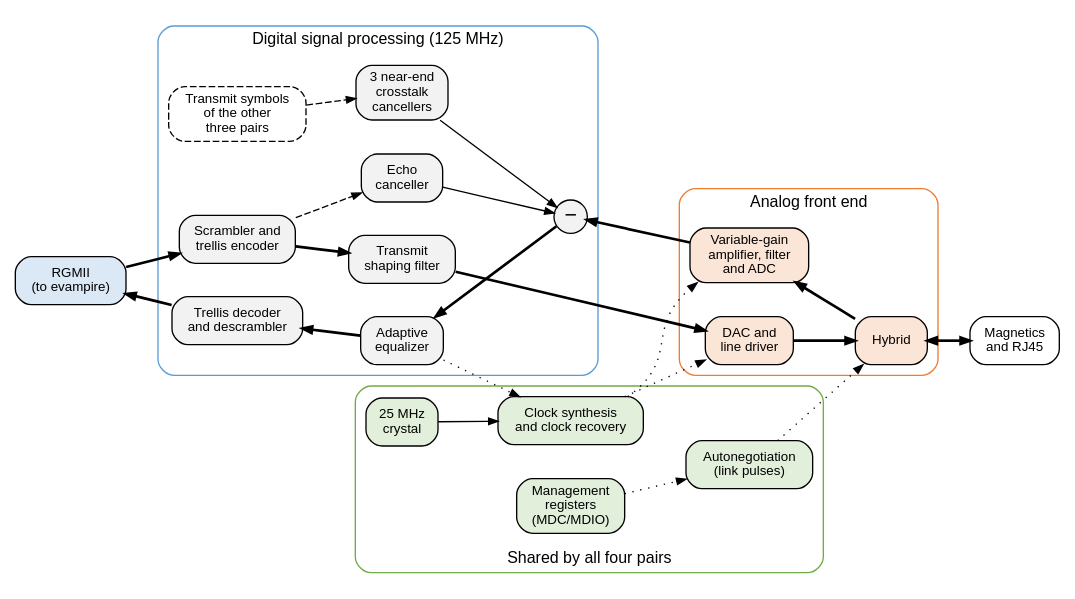
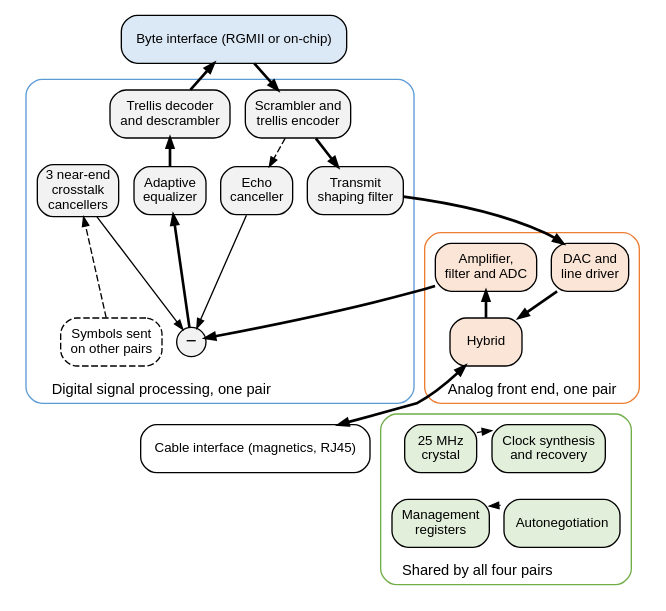
Before and after one commit to mithro/evampire: the diagram in docs/ethernet/phy-electrical/transceiver-blocks.dot, drawn with Graphviz. The commit also changed 1 other file, not shown here.

Commit message:
Redraw transceiver diagrams to fit the page width
Draw the transceiver block diagram top to bottom and tighten the cable
impairment diagram so that both are below 540 pt wide. Label the byte
interface as RGMII or on-chip, since the full design integrates the
transceiver.

```diff
--- a/docs/ethernet/phy-electrical/transceiver-blocks.dot
+++ b/docs/ethernet/phy-electrical/transceiver-blocks.dot
@@ -1,82 +1,86 @@
-// Inside a gigabit Ethernet transceiver: one of the four identical
-// pair channels in detail, plus the blocks shared by all four.
+// Inside a gigabit Ethernet transceiver: one of the four identical pair
+// channels in detail, plus the blocks shared by all four. Drawn top to
+// bottom so that it fits the page width. Transmit and receive run in
+// separate columns, with the cancellers between them.
 //
 // SPDX-License-Identifier: Apache-2.0
 
 digraph transceiver {
-    graph [rankdir=LR, fontname="Helvetica", fontsize=12, nodesep=0.35,
-           ranksep=0.45, newrank=true];
+    graph [rankdir=TB, fontname="Helvetica", fontsize=11, nodesep=0.15,
+           ranksep=0.28, newrank=true];
     node  [shape=box, style="rounded,filled", fillcolor="#f2f2f2",
-           fontname="Helvetica", fontsize=10];
+           fontname="Helvetica", fontsize=10, margin="0.06,0.04"];
     edge  [fontname="Helvetica", fontsize=9, arrowsize=0.7];
 
-    rgmii [label="RGMII\n(to evampire)", fillcolor="#dbe8f5"];
+    rgmii [label="Byte interface (RGMII or on-chip)", fillcolor="#dbe8f5"];
 
     subgraph cluster_digital {
-        label="Digital signal processing (125 MHz)"; style="rounded"; labelloc=t;
-        color="#5b9bd5";
+        label="Digital signal processing, one pair"; labeljust=l;
+        labelloc=b; style="rounded"; color="#5b9bd5";
 
         enc   [label="Scrambler and\ntrellis encoder"];
+        dec   [label="Trellis decoder\nand descrambler"];
         shape [label="Transmit\nshaping filter"];
-
-        dec   [label="Trellis decoder\nand descrambler"];
-        eq    [label="Adaptive\nequalizer"];
-        sum   [label="−", shape=circle, width=0.35, fixedsize=true,
-               fontsize=16];
-
         echo  [label="Echo\ncanceller"];
         next  [label="3 near-end\ncrosstalk\ncancellers"];
-        other [label="Transmit symbols\nof the other\nthree pairs",
+        eq    [label="Adaptive\nequalizer"];
+        other [label="Symbols sent\non other pairs",
                style="rounded,dashed,filled", fillcolor="#ffffff"];
+        sum   [label="−", shape=circle, width=0.3, fixedsize=true,
+               fontsize=14];
     }
 
     subgraph cluster_analog {
-        label="Analog front end"; style="rounded"; color="#ed7d31"; labelloc=t;
+        label="Analog front end, one pair"; labeljust=l; labelloc=b;
+        style="rounded"; color="#ed7d31";
         dac    [label="DAC and\nline driver", fillcolor="#fbe5d6"];
+        adc    [label="Amplifier,\nfilter and ADC", fillcolor="#fbe5d6"];
         hybrid [label="Hybrid", fillcolor="#fbe5d6"];
-        adc    [label="Variable-gain\namplifier, filter\nand ADC",
-                fillcolor="#fbe5d6"];
     }
 
-    mag   [label="Magnetics\nand RJ45", fillcolor="#ffffff"];
+    mag [label="Cable interface (magnetics, RJ45)", fillcolor="#ffffff"];
 
     subgraph cluster_shared {
-        label="Shared by all four pairs"; style="rounded"; color="#70ad47"; labelloc=b;
+        label="Shared by all four pairs"; labeljust=l; labelloc=b;
+        style="rounded"; color="#70ad47";
         xtal [label="25 MHz\ncrystal", fillcolor="#e2efda"];
-        pll  [label="Clock synthesis\nand clock recovery", fillcolor="#e2efda"];
-        an   [label="Autonegotiation\n(link pulses)", fillcolor="#e2efda"];
-        mgmt [label="Management\nregisters\n(MDC/MDIO)", fillcolor="#e2efda"];
+        pll  [label="Clock synthesis\nand recovery", fillcolor="#e2efda"];
+        mgmt [label="Management\nregisters", fillcolor="#e2efda"];
+        an   [label="Autonegotiation", fillcolor="#e2efda"];
     }
 
-    { rank=same; adc -> dac [style=invis]; }
-    { rank=same; other -> dec -> enc [style=invis]; }
-    { rank=same; eq -> next -> echo -> shape [style=invis]; }
+    // Rows, with left-to-right order fixed by invisible edges.
+    { rank=same; enc -> dec [style=invis]; }
+    { rank=same; shape -> echo -> next -> eq [style=invis]; }
+    { rank=same; other -> sum [style=invis]; }
+    { rank=same; dac -> adc [style=invis]; }
+    { rank=same; xtal -> pll [style=invis]; }
+    { rank=same; mgmt -> an [style=invis]; }
 
-    // Transmit path.
+    // Transmit path, down the left.
     rgmii -> enc    [penwidth=2];
     enc   -> shape  [penwidth=2];
     shape -> dac    [penwidth=2];
     dac   -> hybrid [penwidth=2];
     hybrid -> mag   [dir=both, penwidth=2];
 
-    // Receive path (drawn right to left).
-    adc   -> hybrid [dir=back, penwidth=2];
-    sum   -> adc    [dir=back, penwidth=2];
-    eq    -> sum    [dir=back, penwidth=2];
-    dec   -> eq     [dir=back, penwidth=2];
-    rgmii -> dec    [dir=back, penwidth=2];
+    // Receive path, up the right.
+    hybrid -> adc   [penwidth=2];
+    adc   -> sum    [penwidth=2];
+    sum   -> eq     [penwidth=2];
+    eq    -> dec    [penwidth=2];
+    dec   -> rgmii  [penwidth=2];
 
     // Cancellers take the known transmitted symbols.
     enc   -> echo   [style=dashed];
     echo  -> sum;
     other -> next   [style=dashed];
     next  -> sum;
 
-    // Clocks and control.
+    // Shared blocks, below the cable interface.
+    other -> mgmt   [style=invis, minlen=2];
+
     xtal  -> pll;
-    pll   -> dac    [style=dotted];
-    pll   -> adc    [style=dotted];
-    eq    -> pll    [style=dotted];
-    an    -> hybrid [style=dotted];
-    mgmt  -> an     [style=dotted];
+    xtal  -> mgmt   [style=invis];
+    mgmt  -> an     [style=dotted, dir=back, constraint=false];
 }
```
